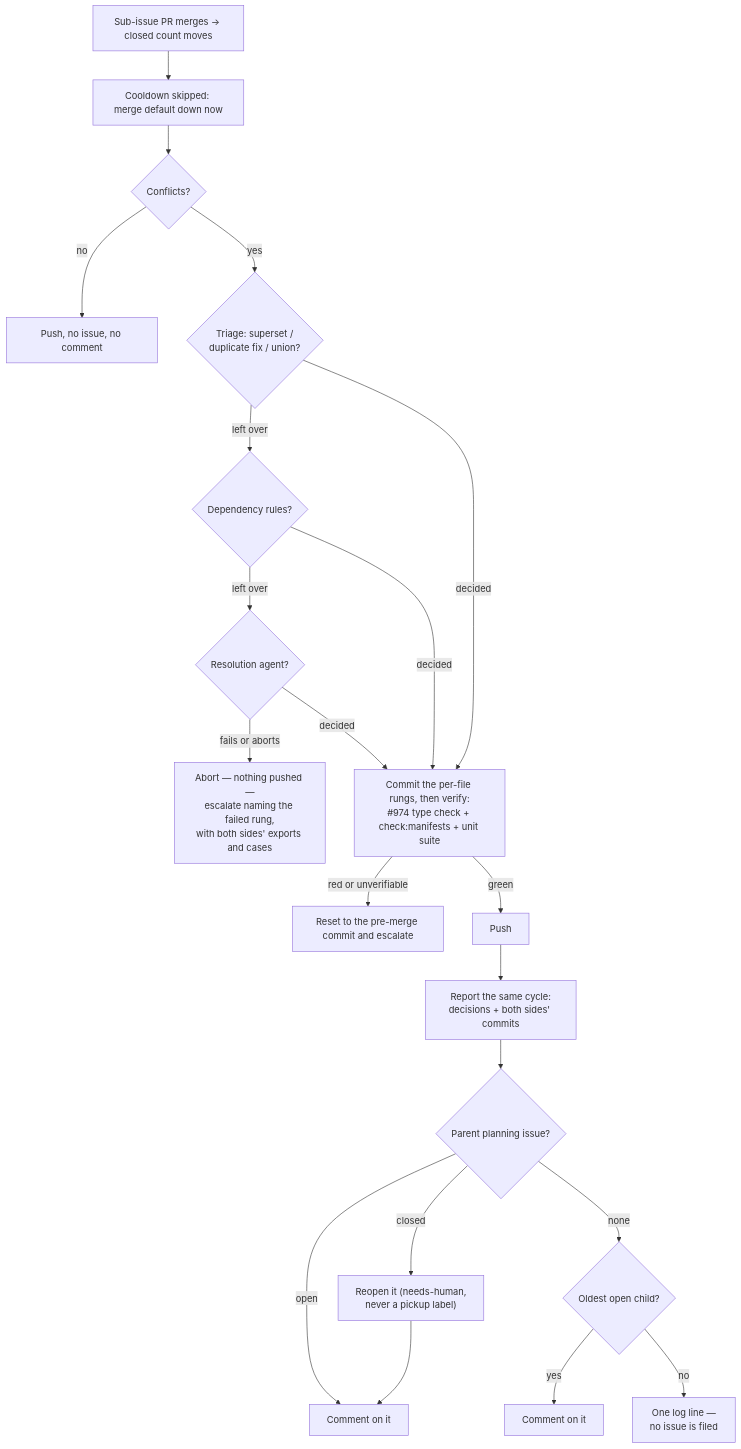
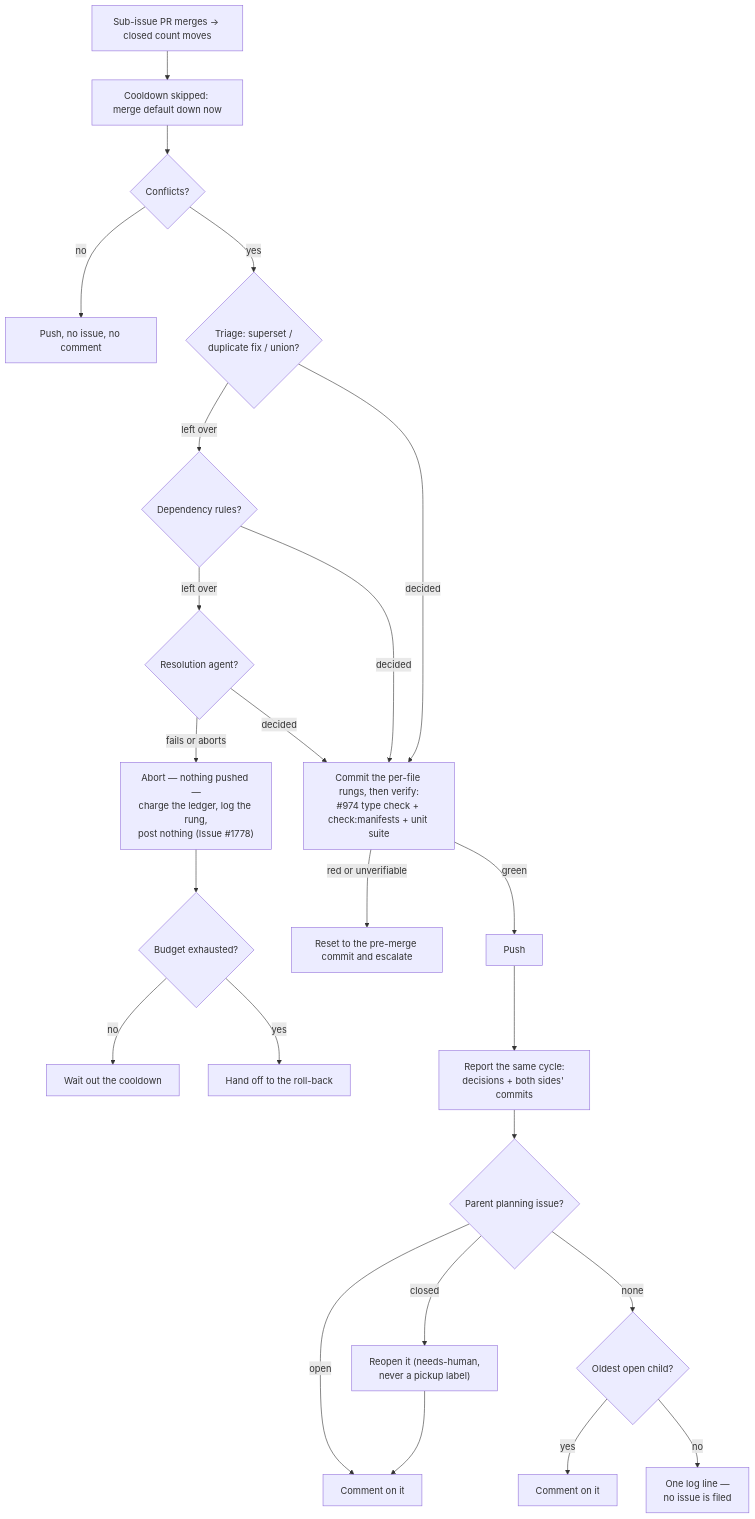
One commit to stSoftwareAU/VibeCoder changed diagram 29 of 33 in docs/INTERNALS.md. Above: the diagram before and after it, drawn with Mermaid. The commit also changed other lines of this file and 3 other files, not shown here.

First line of the commit message:
Keep the gate refusal loud, and never lose a ledger write silently (Issue #1778)

````diff
--- a/docs/INTERNALS.md
+++ b/docs/INTERNALS.md
@@ -3196,22 +3202,25 @@
 ```mermaid
 flowchart TD
     A[Sub-issue PR merges → closed count moves] --> B[Cooldown skipped: merge default down now]
     B --> C{Conflicts?}
     C -- no --> D[Push, no issue, no comment]
     C -- yes --> T{"Triage: superset /<br/>duplicate fix / union?"}
     T -- "left over" --> RU{"Dependency rules?"}
     RU -- "left over" --> AG{"Resolution agent?"}
-    AG -- "fails or aborts" --> X["Abort — nothing pushed —<br/>escalate naming the failed rung,<br/>with both sides' exports and cases"]
+    AG -- "fails or aborts" --> X["Abort — nothing pushed —<br/>charge the ledger, log the rung,<br/>post nothing (Issue #1778)"]
+    X --> XB{"Budget exhausted?"}
+    XB -- "no" --> XW["Wait out the cooldown"]
+    XB -- "yes" --> XR["Hand off to the roll-back"]
     AG -- decided --> V["Commit the per-file rungs, then verify:<br/>#974 type check + check:manifests + unit suite"]
     T -- decided --> V
     RU -- decided --> V
     V -- red or unverifiable --> R[Reset to the pre-merge commit and escalate]
     V -- green --> P[Push]
     P --> F["Report the same cycle:<br/>decisions + both sides' commits"]
     F --> G{Parent planning issue?}
     G -- open --> H[Comment on it]
     G -- closed --> RO["Reopen it (needs-human,<br/>never a pickup label)"] --> H
     G -- none --> C2{Oldest open child?}
     C2 -- yes --> H2[Comment on it]
     C2 -- no --> L["One log line —<br/>no issue is filed"]
 ```
````
